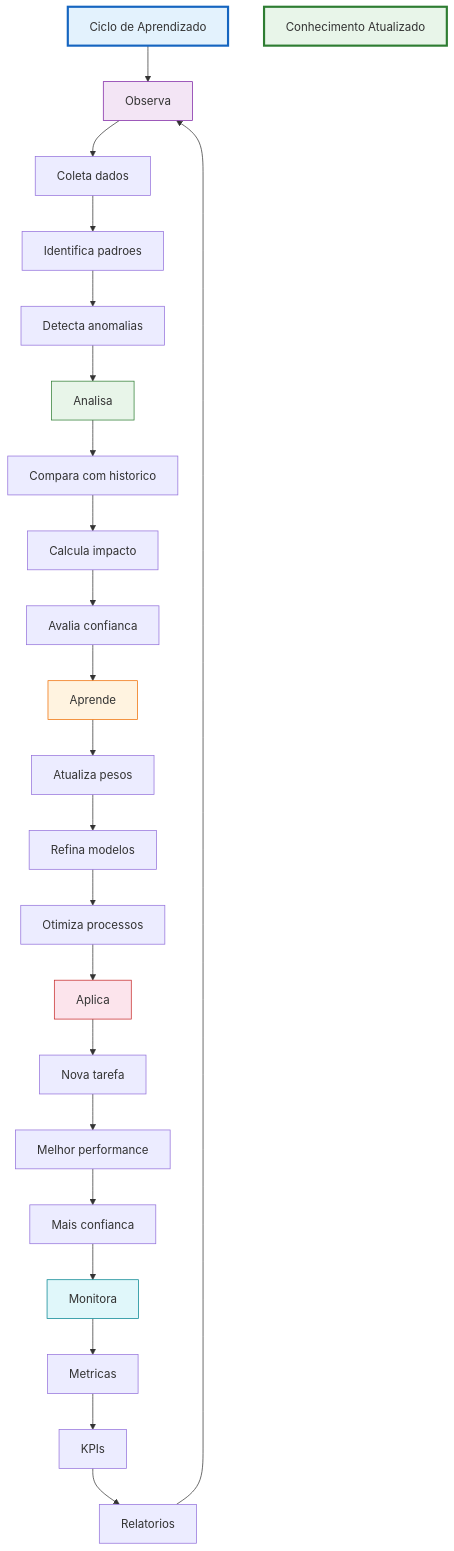
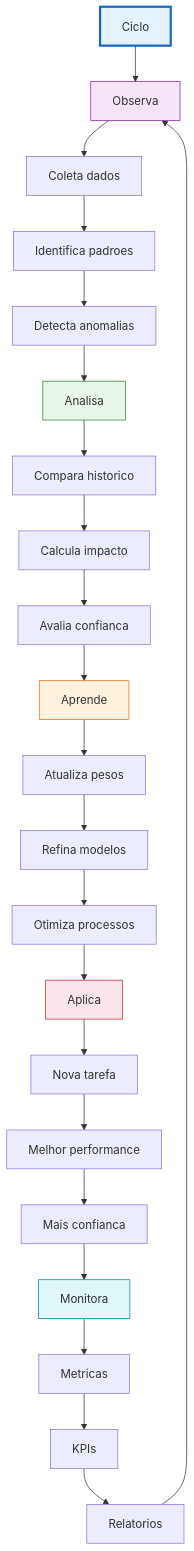
One commit to MarceloClaro/opencode-ecosystem-core changed the tenth of 22 diagrams in README.md. Above: the diagram before and after it, drawn with Mermaid. The commit also changed other lines of this file, not shown here.

First line of the commit message:
feat(docs): fix flowcharts, add themes, translate datasets to Portuguese

````diff
--- a/README.md
+++ b/README.md
@@ -681,39 +648,31 @@
 ```mermaid
 flowchart TD
-    START4["Ciclo de Aprendizado"] --> OBSERVE["Observa"]
-
-    OBSERVE --> O1["Coleta dados"]
-    O1 --> O2["Identifica padroes"]
-    O2 --> O3["Detecta anomalias"]
-    O3 --> ANALYZE["Analisa"]
-
-    ANALYZE --> A1["Compara com historico"]
-    A1 --> A2["Calcula impacto"]
-    A2 --> A3["Avalia confianca"]
-    A3 --> LEARN["Aprende"]
-
-    LEARN --> L1["Atualiza pesos"]
-    L1 --> L2["Refina modelos"]
-    L2 --> L3["Otimiza processos"]
-    L3 --> APPLY["Aplica"]
-
-    APPLY --> AP1["Nova tarefa"]
-    AP1 --> AP2["Melhor performance"]
-    AP2 --> AP3["Mais confianca"]
-    AP3 --> MONITOR["Monitora"]
-
-    MONITOR --> M1["Metricas"]
-    M1 --> M2["KPIs"]
-    M2 --> M3["Relatorios"]
-    M3 --> OBSERVE
-
-    DONE4["Conhecimento Atualizado"]
+    START4[Ciclo] --> OBS[Observa]
+    OBS --> O1[Coleta dados]
+    O1 --> O2[Identifica padroes]
+    O2 --> O3[Detecta anomalias]
+    O3 --> ANA[Analisa]
+    ANA --> A1[Compara historico]
+    A1 --> A2[Calcula impacto]
+    A2 --> A3[Avalia confianca]
+    A3 --> LEARN[Aprende]
+    LEARN --> L1[Atualiza pesos]
+    L1 --> L2[Refina modelos]
+    L2 --> L3[Otimiza processos]
+    L3 --> APPL[Aplica]
+    APPL --> AP1[Nova tarefa]
+    AP1 --> AP2[Melhor performance]
+    AP2 --> AP3[Mais confianca]
+    AP3 --> MON[Monitora]
+    MON --> M1[Metricas]
+    M1 --> M2[KPIs]
+    M2 --> M3[Relatorios]
+    M3 --> OBS
 
     style START4 fill:#e3f2fd,stroke:#1565c0,stroke-width:3px
-    style OBSERVE fill:#f3e5f5,stroke:#7b1fa2
-    style ANALYZE fill:#e8f5e9,stroke:#2e7d32
+    style OBS fill:#f3e5f5,stroke:#7b1fa2
+    style ANA fill:#e8f5e9,stroke:#2e7d32
     style LEARN fill:#fff3e0,stroke:#ef6c00
-    style APPLY fill:#fce4ec,stroke:#c62828
-    style MONITOR fill:#e0f7fa,stroke:#00838f
-    style DONE4 fill:#e8f5e9,stroke:#2e7d32,stroke-width:3px
+    style APPL fill:#fce4ec,stroke:#c62828
+    style MON fill:#e0f7fa,stroke:#00838f
 ```
````
